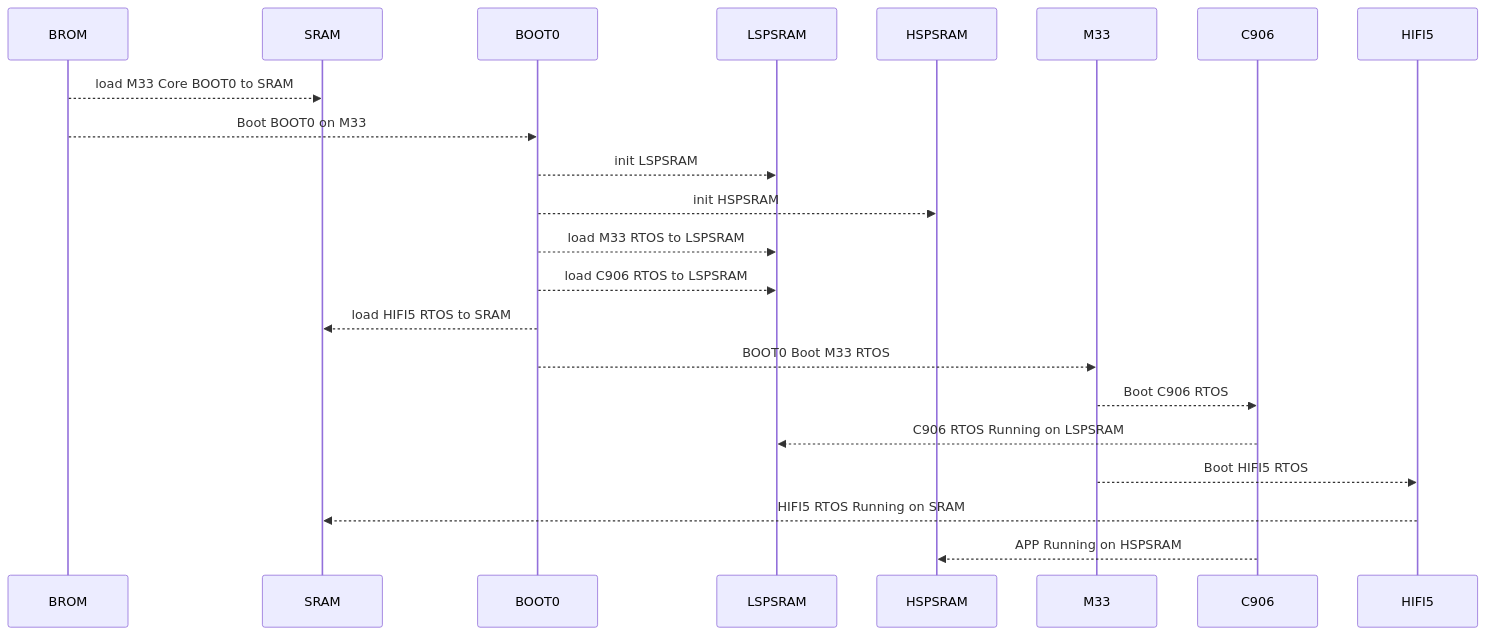
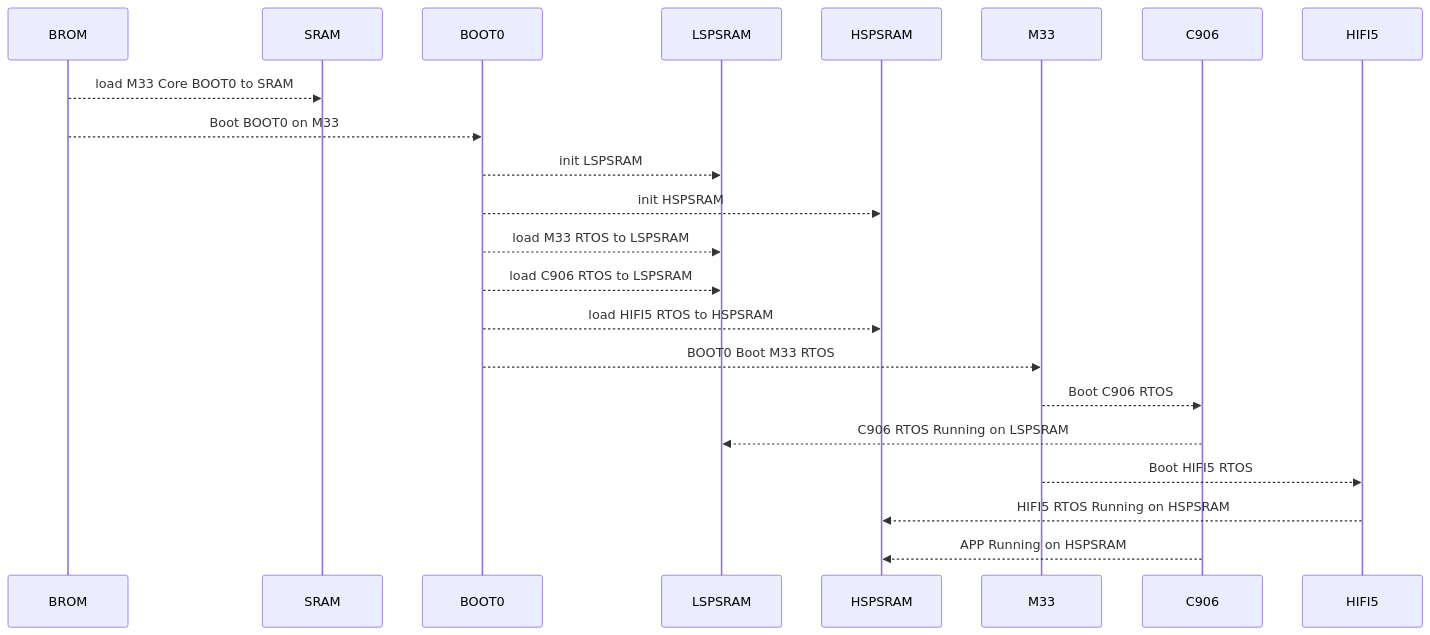
Before and after one commit to YuzukiHD/R128Module: the diagram in docs/sdk_base/boot_up.md, drawn with Mermaid. The commit also changed other lines of this file and 9 other files, not shown here.

````diff
--- a/docs/sdk_base/boot_up.md
+++ b/docs/sdk_base/boot_up.md
@@ -50,16 +50,16 @@
 ```mermaid
 sequenceDiagram
     BROM-->>SRAM: load M33 Core BOOT0 to SRAM
     BROM-->>BOOT0: Boot BOOT0 on M33
     BOOT0-->>LSPSRAM: init LSPSRAM
     BOOT0-->>HSPSRAM: init HSPSRAM
     BOOT0-->>LSPSRAM: load M33 RTOS to LSPSRAM
     BOOT0-->>LSPSRAM: load C906 RTOS to LSPSRAM
-    BOOT0-->>SRAM: load HIFI5 RTOS to SRAM
+    BOOT0-->>HSPSRAM: load HIFI5 RTOS to HSPSRAM
     BOOT0-->>M33: BOOT0 Boot M33 RTOS
     M33-->>C906: Boot C906 RTOS
     C906-->>LSPSRAM: C906 RTOS Running on LSPSRAM
     M33-->>HIFI5: Boot HIFI5 RTOS
-    HIFI5-->>SRAM: HIFI5 RTOS Running on SRAM
+    HIFI5-->>HSPSRAM: HIFI5 RTOS Running on HSPSRAM
     C906-->>HSPSRAM: APP Running on HSPSRAM
 ```
````
